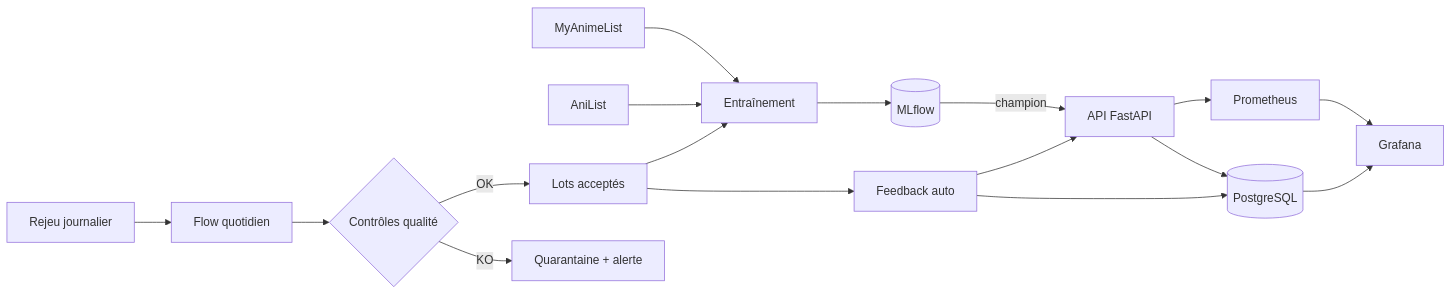
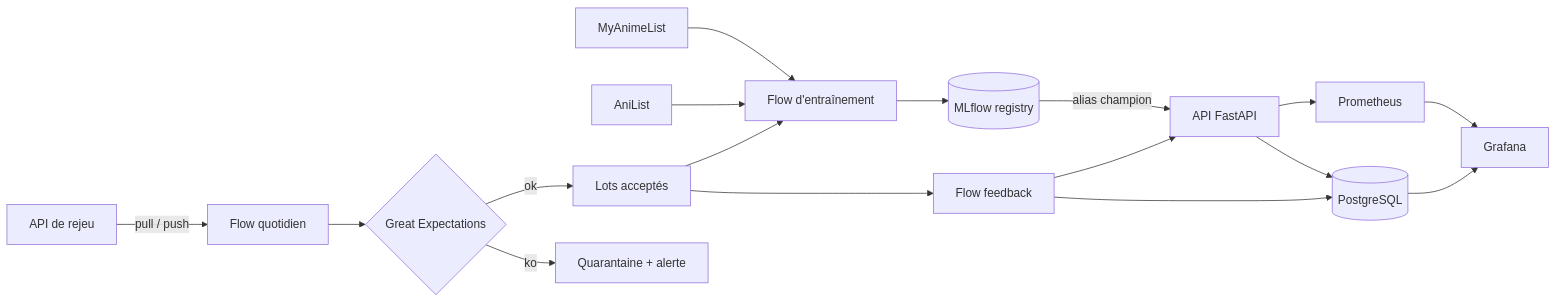
Before and after one commit to EmmahusOndongo/5MLDE: the diagram in README.md, drawn with Mermaid. The commit also changed other lines of this file and 7 other files, not shown here.

````diff
--- a/README.md
+++ b/README.md
@@ -43,15 +33,15 @@
 ```mermaid
 flowchart LR
-    MAL[MyAnimeList] --> T[Entraînement]
+    MAL[MyAnimeList] --> T[Flow d'entraînement]
     ANI[AniList] --> T
-    R[Rejeu journalier] --> D[Flow quotidien] --> GX{Contrôles qualité}
-    GX -->|OK| A[Lots acceptés] --> T
-    GX -->|KO| Q[Quarantaine + alerte]
-    T --> M[(MLflow)]
-    M -->|champion| API[API FastAPI]
-    A --> F[Feedback auto] --> API
+    R[API de rejeu] -->|pull / push| D[Flow quotidien] --> GX{Great Expectations}
+    GX -->|ok| A[Lots acceptés] --> T
+    GX -->|ko| Q[Quarantaine + alerte]
+    T --> M[(MLflow registry)]
+    M -->|alias champion| API[API FastAPI]
+    A --> F[Flow feedback] --> API
     API --> PG[(PostgreSQL)]
     F --> PG
     API --> P[Prometheus] --> G[Grafana]
     PG --> G
 ```
````
